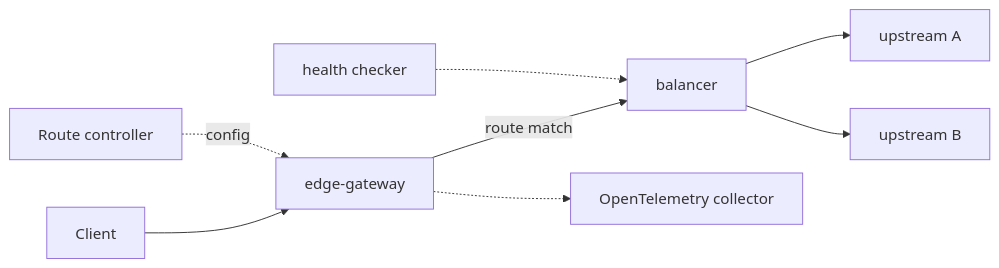
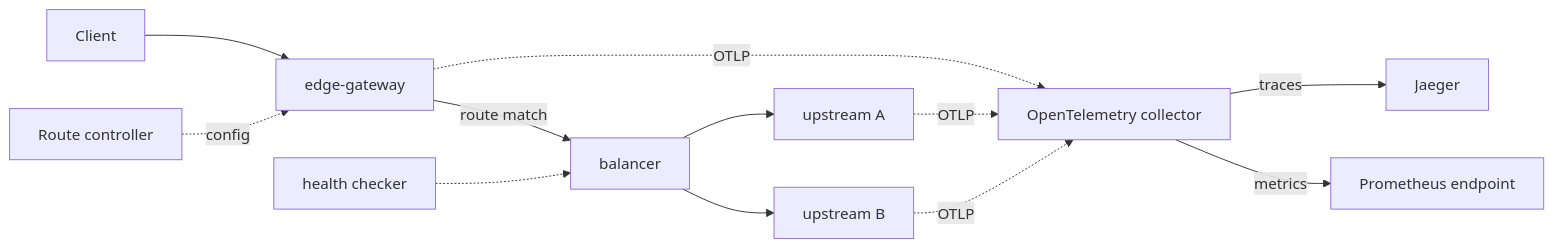
Before and after one commit to skhurram/gateway: the diagram in README.md, drawn with Mermaid. The commit also changed other lines of this file and 36 other files, not shown here.

Commit message:
Week 2: probes, Dockerfile, Helm chart, kind demo, OpenTelemetry traces and metrics, rollout test

````diff
--- a/README.md
+++ b/README.md
@@ -26,10 +26,14 @@
 ```mermaid
 flowchart LR
     Client --> GW[edge-gateway]
     GW -->|route match| LB[balancer]
     LB --> U1[upstream A]
     LB --> U2[upstream B]
     HC[health checker] -.-> LB
     CTRL[Route controller] -.->|config| GW
-    GW -.-> OTEL[OpenTelemetry collector]
+    GW -.->|OTLP| OTEL[OpenTelemetry collector]
+    U1 -.->|OTLP| OTEL
+    U2 -.->|OTLP| OTEL
+    OTEL -->|traces| J[Jaeger]
+    OTEL -->|metrics| P[Prometheus endpoint]
 ```
````
